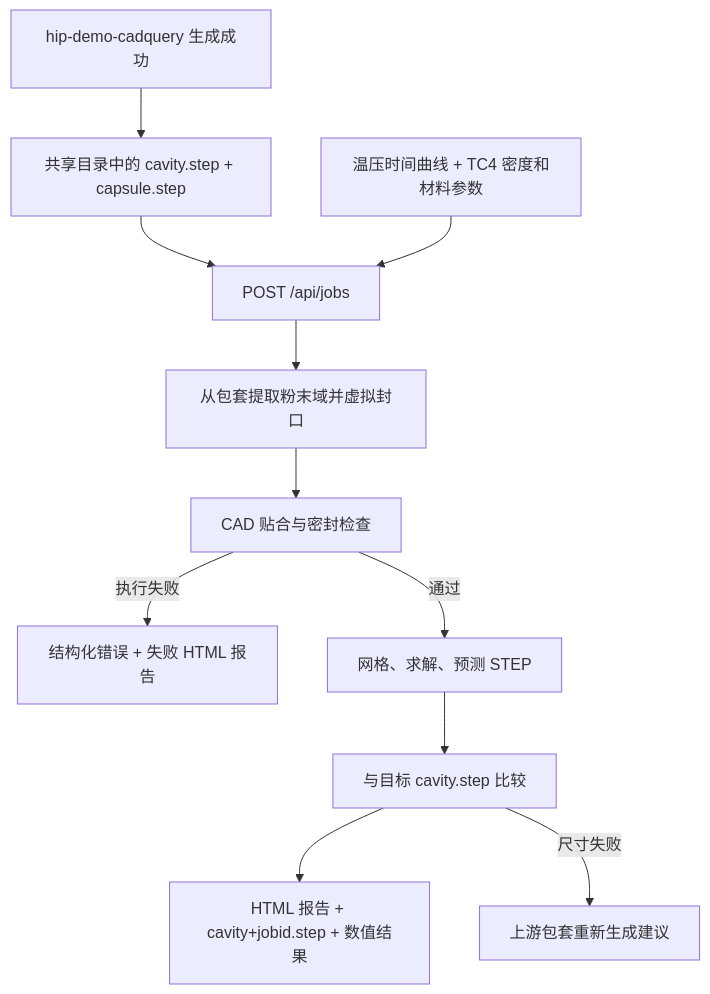
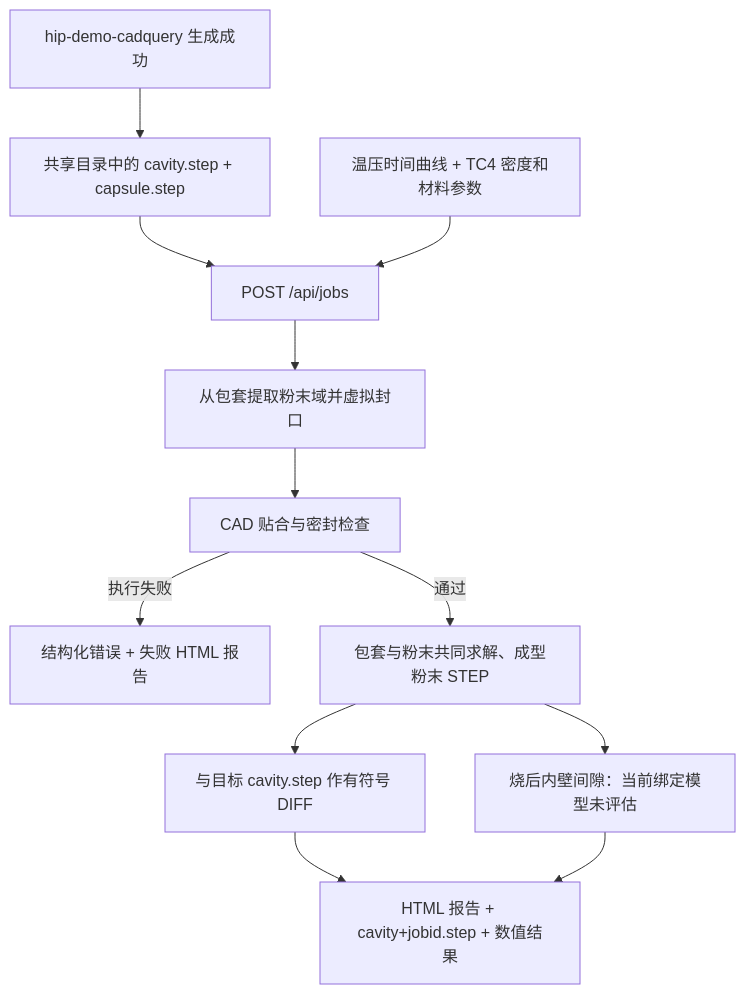
Before and after one commit to zero6453/HIPForm: the diagram in docs/cadquery-integration.zh-CN.md, drawn with Mermaid. The commit also changed other lines of this file and 14 other files, not shown here.

````diff
--- a/docs/cadquery-integration.zh-CN.md
+++ b/docs/cadquery-integration.zh-CN.md
@@ -7,13 +7,14 @@
 ```mermaid
 flowchart TD
     A[hip-demo-cadquery 生成成功] --> B[共享目录中的 cavity.step + capsule.step]
     B --> C[POST /api/jobs]
     D[温压时间曲线 + TC4 密度和材料参数] --> C
     C --> E[从包套提取粉末域并虚拟封口]
     E --> F[CAD 贴合与密封检查]
     F -->|执行失败| G[结构化错误 + 失败 HTML 报告]
-    F -->|通过| H[网格、求解、预测 STEP]
-    H --> I[与目标 cavity.step 比较]
+    F -->|通过| H[包套与粉末共同求解、成型粉末 STEP]
+    H --> I[与目标 cavity.step 作有符号 DIFF]
+    H --> K[烧后内壁间隙：当前绑定模型未评估]
     I --> J[HTML 报告 + cavity+jobid.step + 数值结果]
-    I -->|尺寸失败| K[上游包套重新生成建议]
+    K --> J
 ```
````
